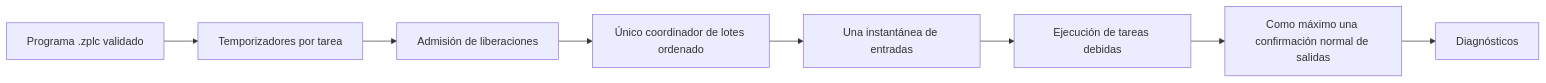
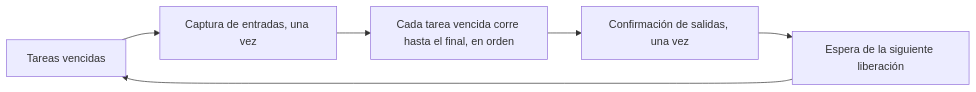
The diagram in docs/i18n/es/docusaurus-plugin-content-docs/current/runtime/scheduler.md (eduardojvieira/ZPLC), drawn with Mermaid before and after one commit. The commit also changed other lines of this file and 11 other files, not shown here.

Commit message:
docs(runtime): rewrite the architecture, runtime overview, scheduler, memory model, persistence and HAL pages

````diff
--- a/docs/i18n/es/docusaurus-plugin-content-docs/current/runtime/scheduler.md
+++ b/docs/i18n/es/docusaurus-plugin-content-docs/current/runtime/scheduler.md
@@ -54,10 +16,8 @@
 ```mermaid
 flowchart LR
-  Program[Programa .zplc validado] --> Timers[Temporizadores por tarea]
-  Timers --> Admission[Admisión de liberaciones]
-  Admission --> Batch[Único coordinador de lotes ordenado]
-  Batch --> Snapshot[Una instantánea de entradas]
-  Snapshot --> Tasks[Ejecución de tareas debidas]
-  Tasks --> Commit[Como máximo una confirmación normal de salidas]
-  Commit --> Stats[Diagnósticos]
+  Release[Tareas vencidas] --> Latch[Captura de entradas, una vez]
+  Latch --> Run[Cada tarea vencida corre hasta el final, en orden]
+  Run --> Commit[Confirmación de salidas, una vez]
+  Commit --> Wait[Espera de la siguiente liberación]
+  Wait --> Release
 ```
````
